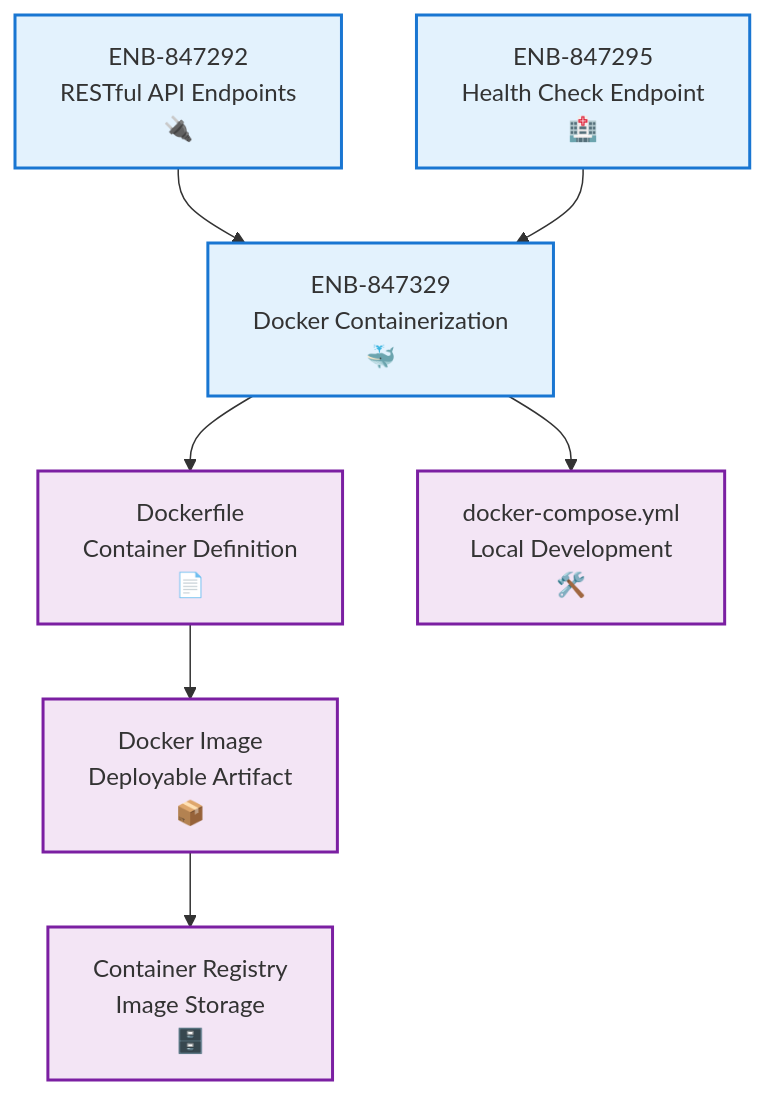
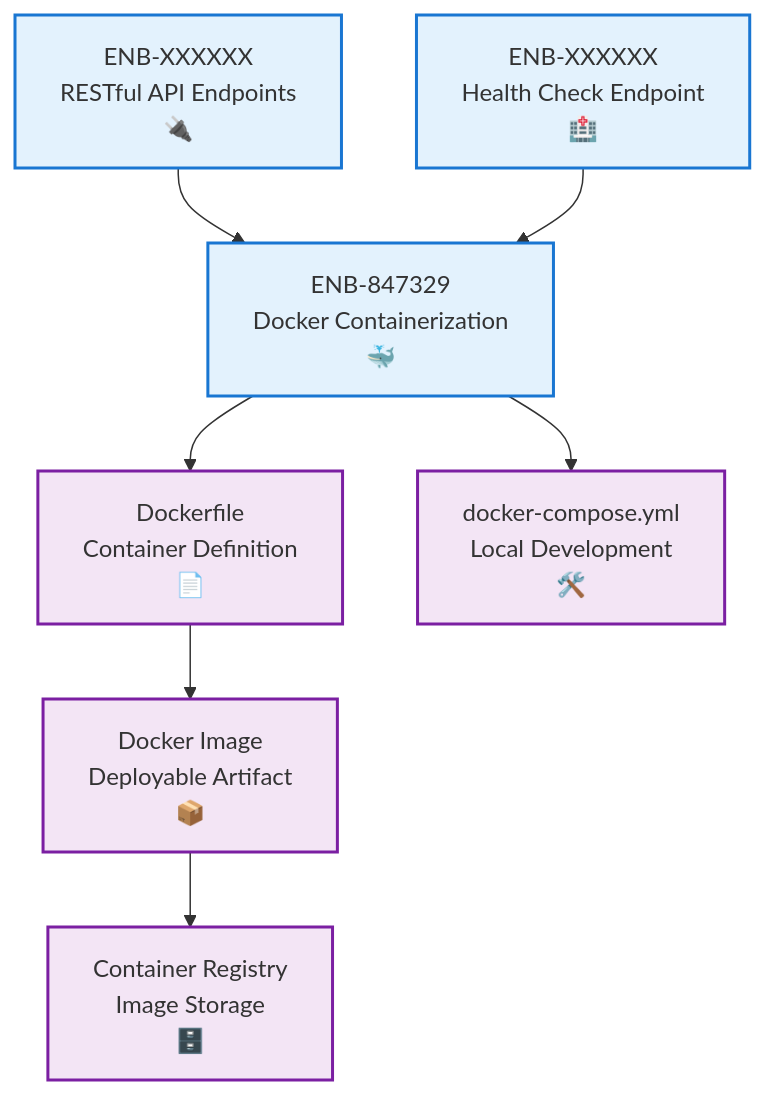
The first of 6 diagrams in website/specifications/847329-enabler.md (gardner711/anvil-recipes), drawn with Mermaid before and after one commit. The commit also changed other lines of this file and 6 other files, not shown here.

````diff
--- a/website/specifications/847329-enabler.md
+++ b/website/specifications/847329-enabler.md
@@ -63,26 +63,26 @@
 ```mermaid
 flowchart TD
     ENB_847329["ENB-847329<br/>Docker Containerization<br/>🐳"]
     
-    ENB_847292["ENB-847292<br/>RESTful API Endpoints<br/>🔌"]
-    ENB_847295["ENB-847295<br/>Health Check Endpoint<br/>🏥"]
+    ENB_847292["ENB-XXXXXX<br/>RESTful API Endpoints<br/>🔌"]
+    ENB_847295["ENB-XXXXXX<br/>Health Check Endpoint<br/>🏥"]
     
     DOCKERFILE["Dockerfile<br/>Container Definition<br/>📄"]
     COMPOSE["docker-compose.yml<br/>Local Development<br/>🛠️"]
     IMAGE["Docker Image<br/>Deployable Artifact<br/>📦"]
     REGISTRY["Container Registry<br/>Image Storage<br/>🗄️"]
     
     ENB_847292 --> ENB_847329
     ENB_847295 --> ENB_847329
     
     ENB_847329 --> DOCKERFILE
     ENB_847329 --> COMPOSE
     DOCKERFILE --> IMAGE
     IMAGE --> REGISTRY
 
     classDef enabler fill:#e3f2fd,stroke:#1976d2,stroke-width:2px
     classDef artifact fill:#f3e5f5,stroke:#7b1fa2,stroke-width:2px
     
     class ENB_847292,ENB_847295,ENB_847329 enabler
     class DOCKERFILE,COMPOSE,IMAGE,REGISTRY artifact
 ```
````
